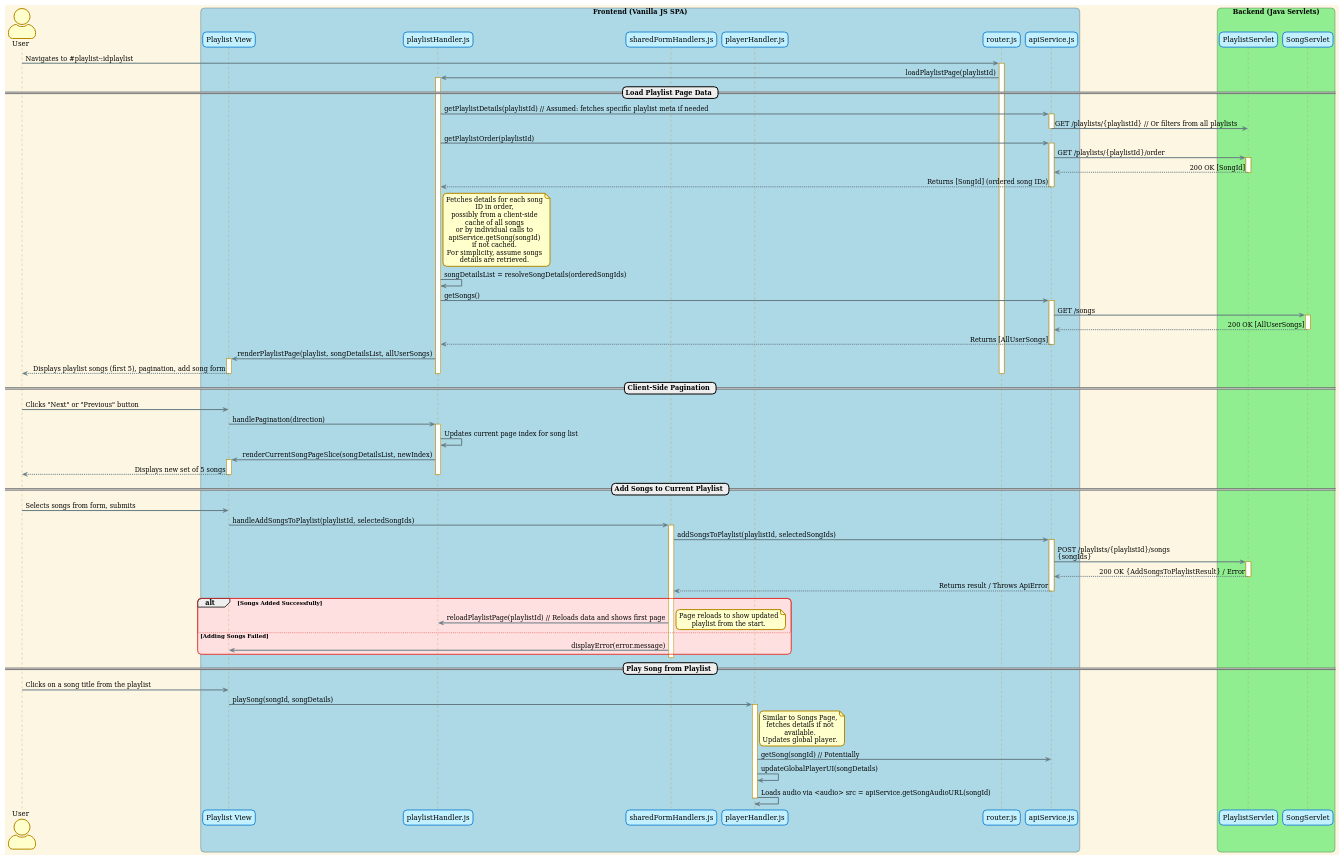
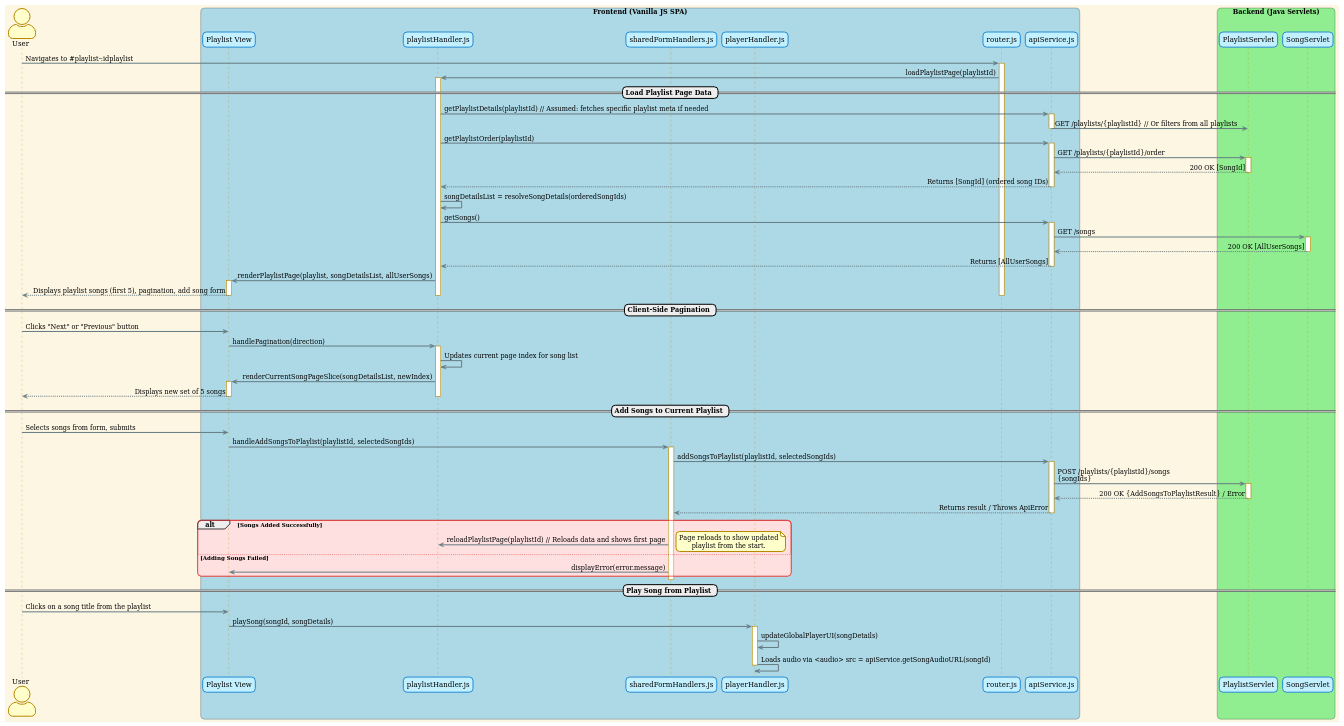
The diagram in design/asciidoc/puml/flows/playlist_page_flow.puml (Janoww/TIW2015-spolify), drawn with PlantUML before and after one commit. The commit also changed 4 other files, not shown here.

Commit message:
docs: updated flows

```diff
--- a/design/asciidoc/puml/flows/playlist_page_flow.puml
+++ b/design/asciidoc/puml/flows/playlist_page_flow.puml
@@ -1,113 +1,102 @@
 @startuml
 !theme sunlust
 actor User
 
 box "Frontend (Vanilla JS SPA)" #LightBlue
   participant "Playlist View" as PlaylistView
   participant "playlistHandler.js" as PlaylistHandler
   participant "sharedFormHandlers.js" as FormHandler
   participant "playerHandler.js" as PlayerHandler
   participant "router.js" as Router
   participant "apiService.js" as ApiService
 end box
 
 box "Backend (Java Servlets)" #LightGreen
   participant "PlaylistServlet" as PlaylistServlet
   participant "SongServlet" as SongServlet
 end box
 
 User -> Router : Navigates to #playlist-:idplaylist
 activate Router
 Router -> PlaylistHandler : loadPlaylistPage(playlistId)
 activate PlaylistHandler
 
 == Load Playlist Page Data ==
 PlaylistHandler -> ApiService : getPlaylistDetails(playlistId) // Assumed: fetches specific playlist meta if needed
 activate ApiService
 ApiService -> PlaylistServlet : GET /playlists/{playlistId} // Or filters from all playlists
 ' ApiService <-- PlaylistServlet : 200 OK {Playlist}
 ' ApiService --> PlaylistHandler : Returns {Playlist}
 deactivate ApiService
 
 PlaylistHandler -> ApiService : getPlaylistOrder(playlistId)
 activate ApiService
 ApiService -> PlaylistServlet : GET /playlists/{playlistId}/order
 activate PlaylistServlet
 PlaylistServlet --> ApiService : 200 OK [SongId]
 deactivate PlaylistServlet
 ApiService --> PlaylistHandler : Returns [SongId] (ordered song IDs)
 deactivate ApiService
 
-note right PlaylistHandler
-  Fetches details for each song ID in order,
-  possibly from a client-side cache of all songs
-  or by individual calls to apiService.getSong(songId)
-  if not cached.
-  For simplicity, assume songs details are retrieved.
-end note
 PlaylistHandler -> PlaylistHandler : songDetailsList = resolveSongDetails(orderedSongIds)
 
 ' Also fetch all user songs for the "add to playlist" form
 PlaylistHandler -> ApiService : getSongs()
 activate ApiService
 ApiService -> SongServlet : GET /songs
 activate SongServlet
 SongServlet --> ApiService : 200 OK [AllUserSongs]
 deactivate SongServlet
 ApiService --> PlaylistHandler : Returns [AllUserSongs]
 deactivate ApiService
 
 
 PlaylistHandler -> PlaylistView : renderPlaylistPage(playlist, songDetailsList, allUserSongs)
 activate PlaylistView
 PlaylistView --> User : Displays playlist songs (first 5), pagination, add song form
 deactivate PlaylistView
 deactivate PlaylistHandler
 deactivate Router
 
 == Client-Side Pagination ==
 User -> PlaylistView : Clicks "Next" or "Previous" button
 PlaylistView -> PlaylistHandler : handlePagination(direction)
 activate PlaylistHandler
 PlaylistHandler -> PlaylistHandler : Updates current page index for song list
 PlaylistHandler -> PlaylistView : renderCurrentSongPageSlice(songDetailsList, newIndex)
 activate PlaylistView
 PlaylistView --> User : Displays new set of 5 songs
 deactivate PlaylistView
 deactivate PlaylistHandler
 
 == Add Songs to Current Playlist ==
 User -> PlaylistView : Selects songs from form, submits
 PlaylistView -> FormHandler : handleAddSongsToPlaylist(playlistId, selectedSongIds)
 activate FormHandler
 FormHandler -> ApiService : addSongsToPlaylist(playlistId, selectedSongIds)
 activate ApiService
 ApiService -> PlaylistServlet : POST /playlists/{playlistId}/songs\n{songIds}
 activate PlaylistServlet
 PlaylistServlet --> ApiService : 200 OK {AddSongsToPlaylistResult} / Error
 deactivate PlaylistServlet
 ApiService --> FormHandler : Returns result / Throws ApiError
 deactivate ApiService
 
 alt Songs Added Successfully
   FormHandler -> PlaylistHandler : reloadPlaylistPage(playlistId) // Reloads data and shows first page
   note right: Page reloads to show updated playlist from the start.
 else Adding Songs Failed
   FormHandler -> PlaylistView : displayError(error.message)
 end
 deactivate FormHandler
 
 == Play Song from Playlist ==
 User -> PlaylistView : Clicks on a song title from the playlist
 PlaylistView -> PlayerHandler : playSong(songId, songDetails)
 activate PlayerHandler
-note right PlayerHandler
-  Similar to Songs Page, fetches details if not available.
-  Updates global player.
-end note
-PlayerHandler -> ApiService : getSong(songId) // Potentially
+
 PlayerHandler -> PlayerHandler : updateGlobalPlayerUI(songDetails)
 PlayerHandler -> PlayerHandler : Loads audio via <audio> src = apiService.getSongAudioURL(songId)
 deactivate PlayerHandler
 
 @enduml
```
